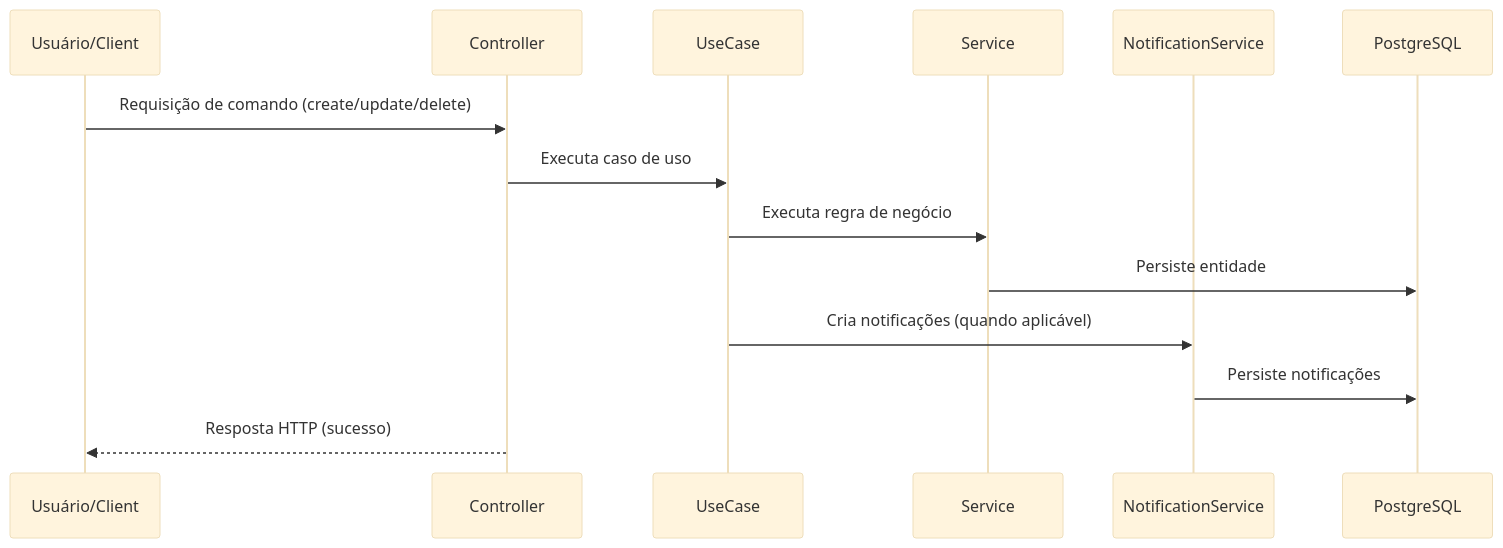
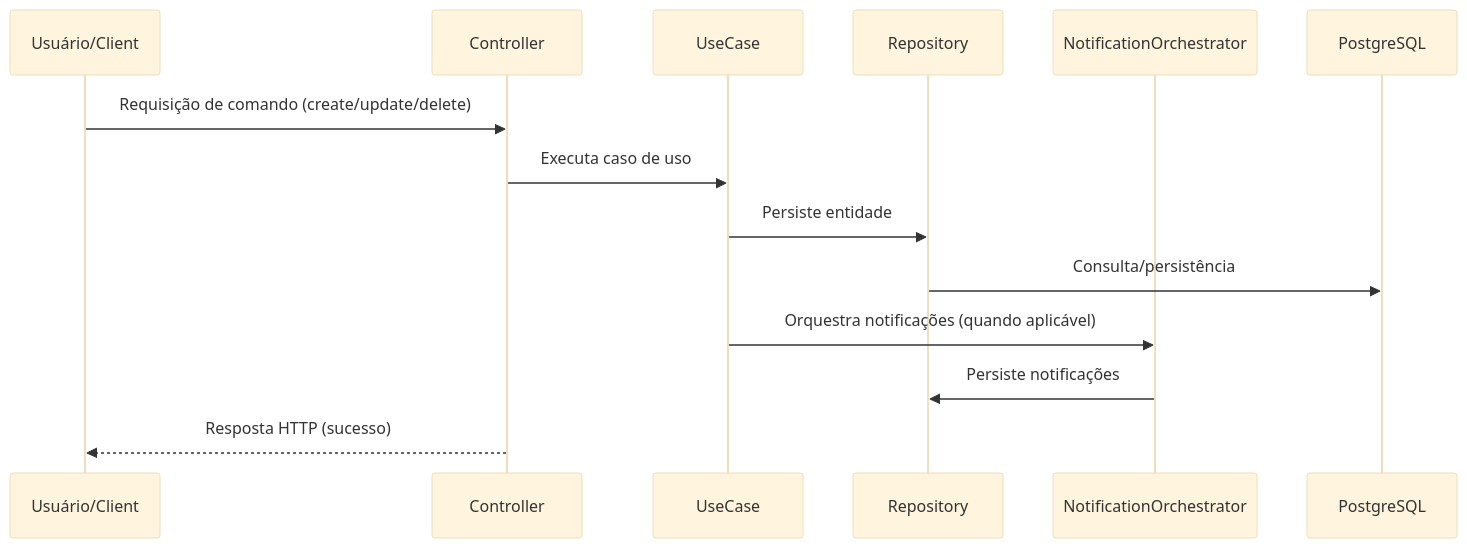
Before and after one commit to dsbraz/bud: the second of 10 diagrams in README.md, drawn with Mermaid (base theme). The commit also changed other lines of this file and 9 other files, not shown here.

First line of the commit message:
docs(architecture): align ADR and guidelines with clean architecture migration

````diff
--- a/README.md
+++ b/README.md
@@ -129,17 +136,17 @@
 ```mermaid
 sequenceDiagram
     participant U as Usuário/Client
     participant C as Controller
     participant UC as UseCase
-    participant S as Service
-    participant NS as NotificationService
+    participant R as Repository
+    participant NO as NotificationOrchestrator
     participant DB as PostgreSQL
 
     U->>C: Requisição de comando (create/update/delete)
     C->>UC: Executa caso de uso
-    UC->>S: Executa regra de negócio
-    S->>DB: Persiste entidade
-    UC->>NS: Cria notificações (quando aplicável)
-    NS->>DB: Persiste notificações
+    UC->>R: Persiste entidade
+    R->>DB: Consulta/persistência
+    UC->>NO: Orquestra notificações (quando aplicável)
+    NO->>R: Persiste notificações
     C-->>U: Resposta HTTP (sucesso)
 ```
````
